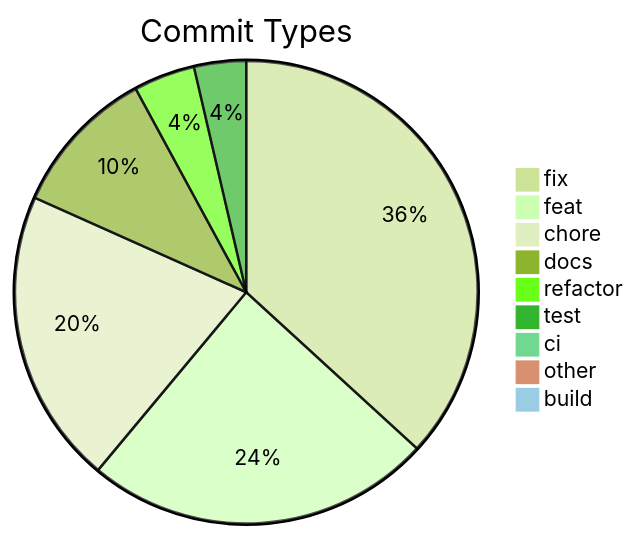
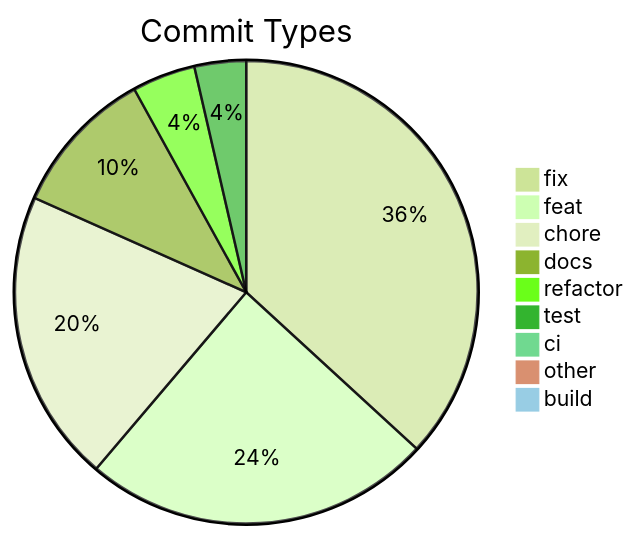
The diagram in .shipwright/compliance/change-history.md (svenroth-ai/shipwright-webui), drawn with Mermaid (forest theme) before and after one commit. The commit also changed other lines of this file and 27 other files, not shown here.

````diff
--- a/.shipwright/compliance/change-history.md
+++ b/.shipwright/compliance/change-history.md
@@ -8,12 +8,12 @@
 ```mermaid
 pie title Commit Types
-    "fix" : 223
-    "feat" : 147
+    "fix" : 225
+    "feat" : 149
     "chore" : 125
     "docs" : 63
-    "refactor" : 26
+    "refactor" : 27
     "test" : 22
     "ci" : 6
     "other" : 4
     "build" : 1
 ```
````
